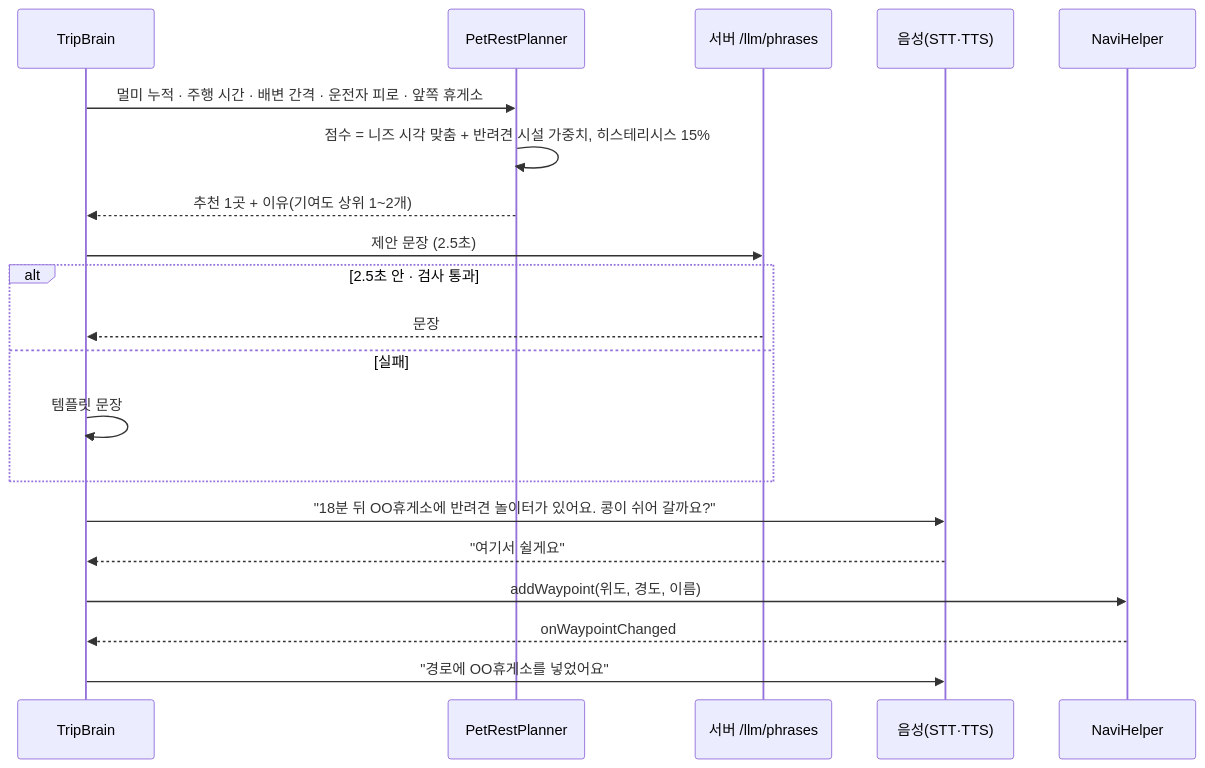
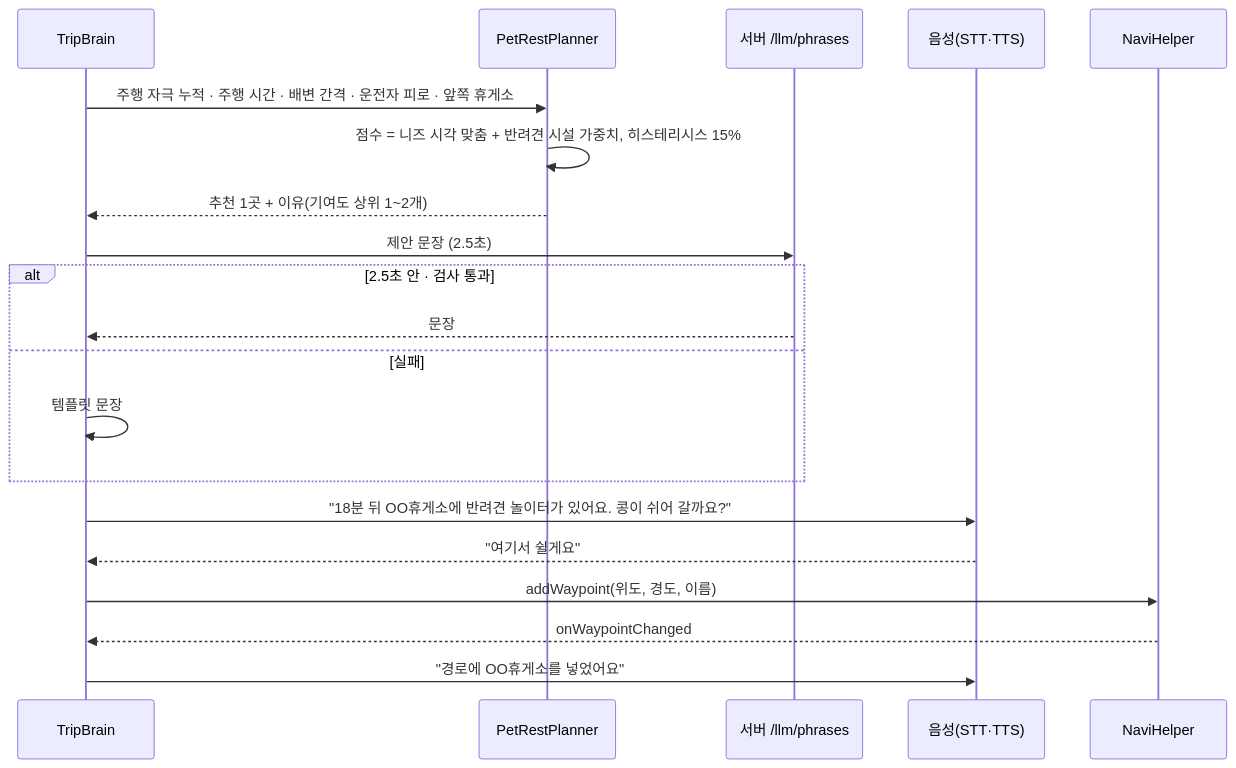
The third of 7 diagrams in flowchart.md (xuxtaku7610-del/every-moment-of-pause), drawn with Mermaid before and after one commit. The commit also changed other lines of this file and 78 other files, not shown here.

````diff
--- a/flowchart.md
+++ b/flowchart.md
@@ -58,23 +64,23 @@
 ```mermaid
 sequenceDiagram
     participant TB as TripBrain
     participant PL as PetRestPlanner
     participant LLM as 서버 /llm/phrases
     participant V as 음성(STT·TTS)
     participant NAV as NaviHelper
 
-    TB->>PL: 멀미 누적 · 주행 시간 · 배변 간격 · 운전자 피로 · 앞쪽 휴게소
+    TB->>PL: 주행 자극 누적 · 주행 시간 · 배변 간격 · 운전자 피로 · 앞쪽 휴게소
     PL->>PL: 점수 = 니즈 시각 맞춤 + 반려견 시설 가중치, 히스테리시스 15%
     PL-->>TB: 추천 1곳 + 이유(기여도 상위 1~2개)
     TB->>LLM: 제안 문장 (2.5초)
     alt 2.5초 안 · 검사 통과
         LLM-->>TB: 문장
     else 실패
         TB->>TB: 템플릿 문장
     end
     TB->>V: "18분 뒤 OO휴게소에 반려견 놀이터가 있어요. 콩이 쉬어 갈까요?"
     V-->>TB: "여기서 쉴게요"
     TB->>NAV: addWaypoint(위도, 경도, 이름)
     NAV-->>TB: onWaypointChanged
     TB->>V: "경로에 OO휴게소를 넣었어요"
 ```
````
